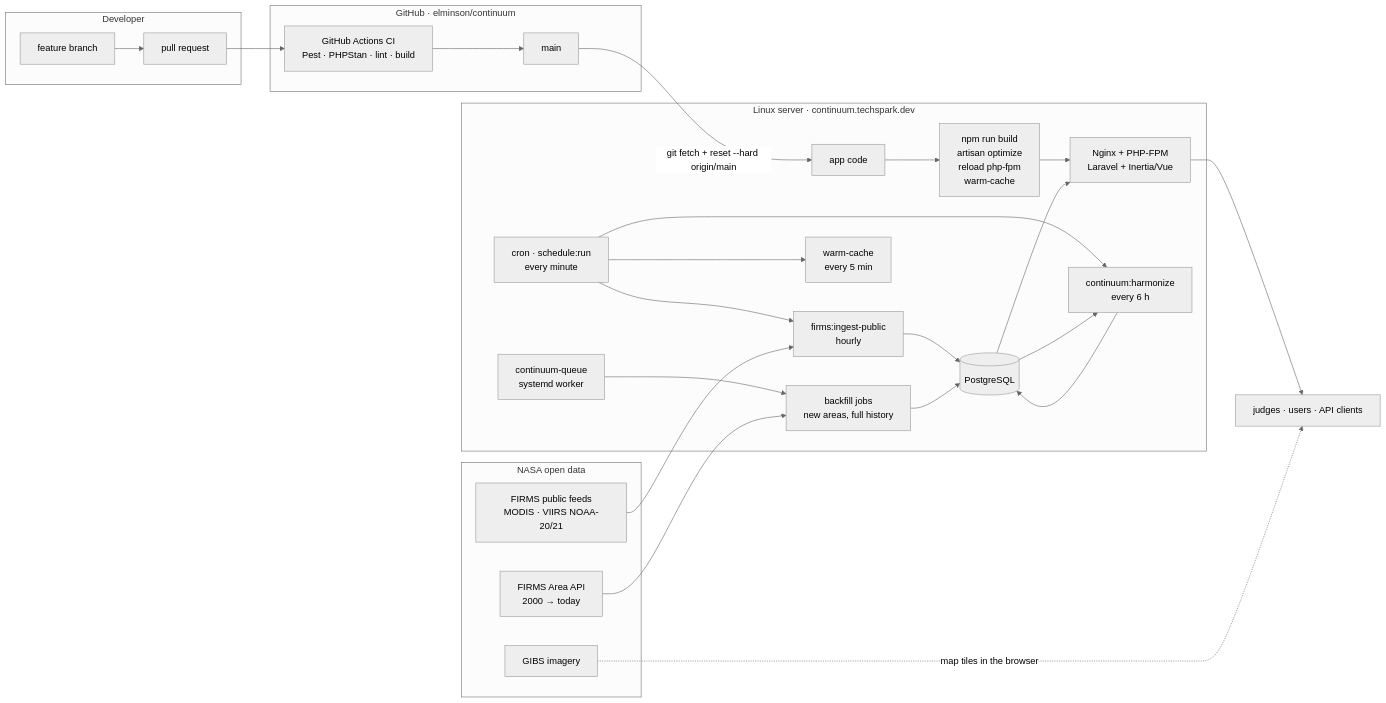
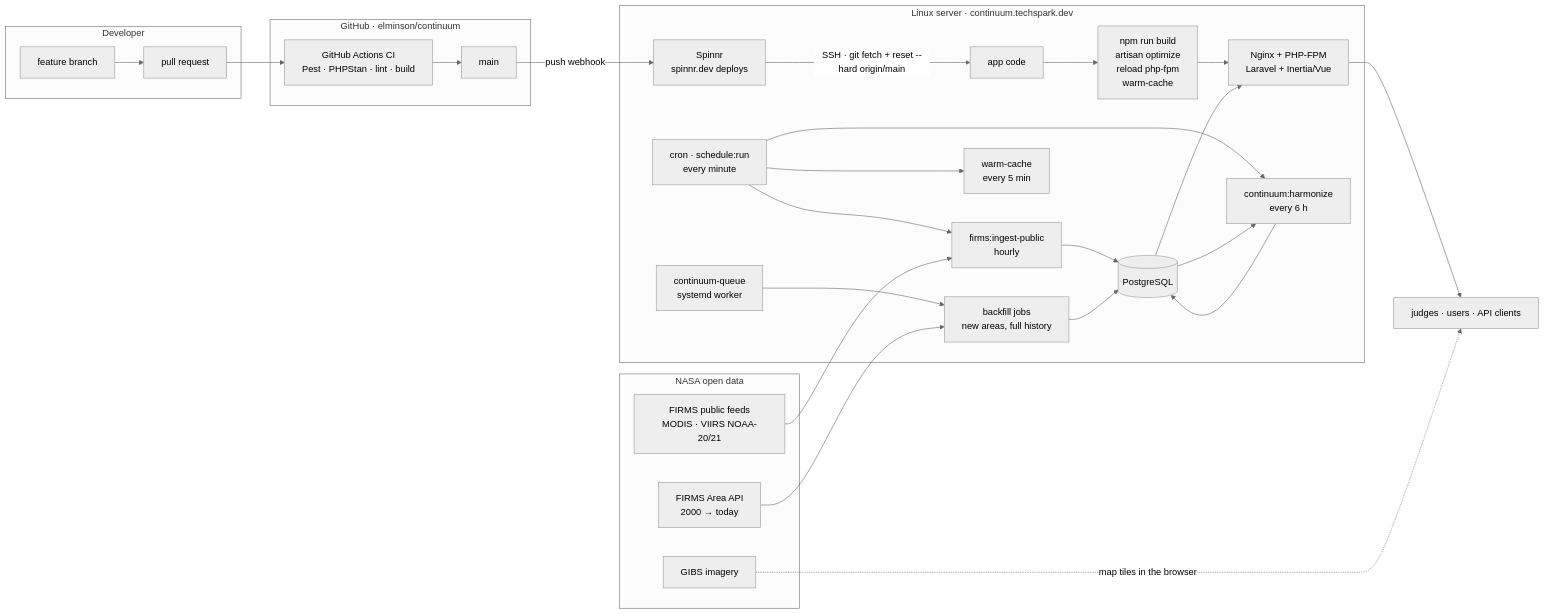
The second of 2 diagrams in docs/ARCHITECTURE.md (elminson/continuum), drawn with Mermaid (neutral theme) before and after one commit. The commit also changed other lines of this file, not shown here.

Commit message:
Show Spinnr in the deployment diagram (#21)

````diff
--- a/docs/ARCHITECTURE.md
+++ b/docs/ARCHITECTURE.md
@@ -119,32 +119,33 @@
 ```mermaid
 flowchart LR
     subgraph Dev[Developer]
         BR[feature branch] --> PR[pull request]
     end
     subgraph GH[GitHub · elminson/continuum]
         PR --> CI[GitHub Actions CI<br/>Pest · PHPStan · lint · build]
         CI --> MAIN[main]
     end
+    MAIN -->|push webhook| SP[Spinnr<br/>spinnr.dev deploys]
     subgraph SRV[Linux server · continuum.techspark.dev]
-        MAIN -->|git fetch + reset --hard origin/main| CODE[app code]
+        SP -->|SSH · git fetch + reset --hard origin/main| CODE[app code]
         CODE --> BUILD[npm run build<br/>artisan optimize<br/>reload php-fpm<br/>warm-cache]
         BUILD --> WEB[Nginx + PHP-FPM<br/>Laravel + Inertia/Vue]
         CRON[cron · schedule:run<br/>every minute] --> ING[firms:ingest-public<br/>hourly]
         CRON --> HAR[continuum:harmonize<br/>every 6 h]
         CRON --> WARM[warm-cache<br/>every 5 min]
         Q[continuum-queue<br/>systemd worker] --> BF[backfill jobs<br/>new areas, full history]
         ING --> DB[(PostgreSQL)]
         BF --> DB
         DB --> HAR --> DB
         DB --> WEB
     end
     subgraph NASA[NASA open data]
         FEED[FIRMS public feeds<br/>MODIS · VIIRS NOAA-20/21]
         AREA[FIRMS Area API<br/>2000 → today]
         GIBS[GIBS imagery]
     end
     FEED --> ING
     AREA --> BF
     WEB --> USER[judges · users · API clients]
     GIBS -.map tiles in the browser.-> USER
 ```
````
